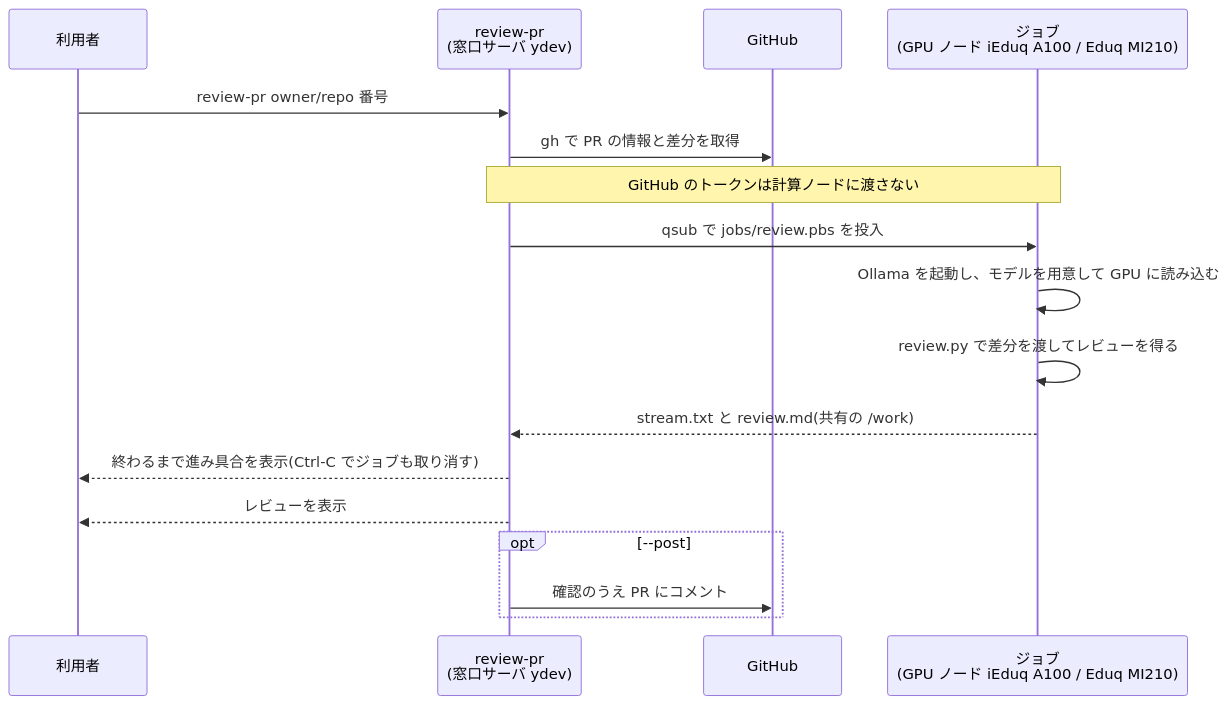
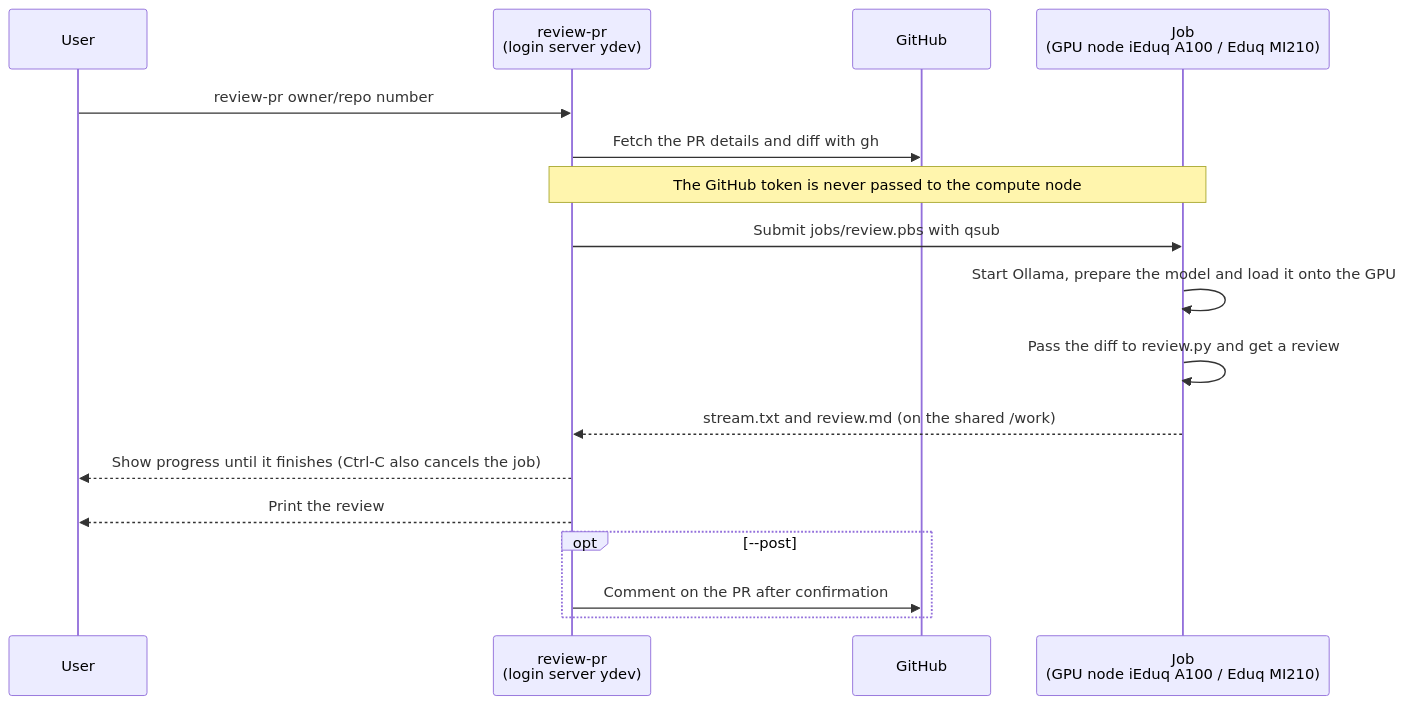
Before and after one commit to dodolia907/mikawa-pbl-localllm-review: the first of 3 diagrams in README.md, drawn with Mermaid. The commit also changed other lines of this file, not shown here.

````diff
--- a/README.md
+++ b/README.md
@@ -13,19 +13,19 @@
 ```mermaid
 sequenceDiagram
-  participant U as 利用者
-  participant C as review-pr<br/>(窓口サーバ ydev)
+  participant U as User
+  participant C as review-pr<br/>(login server ydev)
   participant G as GitHub
-  participant J as ジョブ<br/>(GPU ノード iEduq A100 / Eduq MI210)
-  U->>C: review-pr owner/repo 番号
-  C->>G: gh で PR の情報と差分を取得
-  Note over C,J: GitHub のトークンは計算ノードに渡さない
-  C->>J: qsub で jobs/review.pbs を投入
-  J->>J: Ollama を起動し、モデルを用意して GPU に読み込む
-  J->>J: review.py で差分を渡してレビューを得る
-  J-->>C: stream.txt と review.md(共有の /work)
-  C-->>U: 終わるまで進み具合を表示(Ctrl-C でジョブも取り消す)
-  C-->>U: レビューを表示
+  participant J as Job<br/>(GPU node iEduq A100 / Eduq MI210)
+  U->>C: review-pr owner/repo number
+  C->>G: Fetch the PR details and diff with gh
+  Note over C,J: The GitHub token is never passed to the compute node
+  C->>J: Submit jobs/review.pbs with qsub
+  J->>J: Start Ollama, prepare the model and load it onto the GPU
+  J->>J: Pass the diff to review.py and get a review
+  J-->>C: stream.txt and review.md (on the shared /work)
+  C-->>U: Show progress until it finishes (Ctrl-C also cancels the job)
+  C-->>U: Print the review
   opt --post
-    C->>G: 確認のうえ PR にコメント
+    C->>G: Comment on the PR after confirmation
   end
 ```
````
